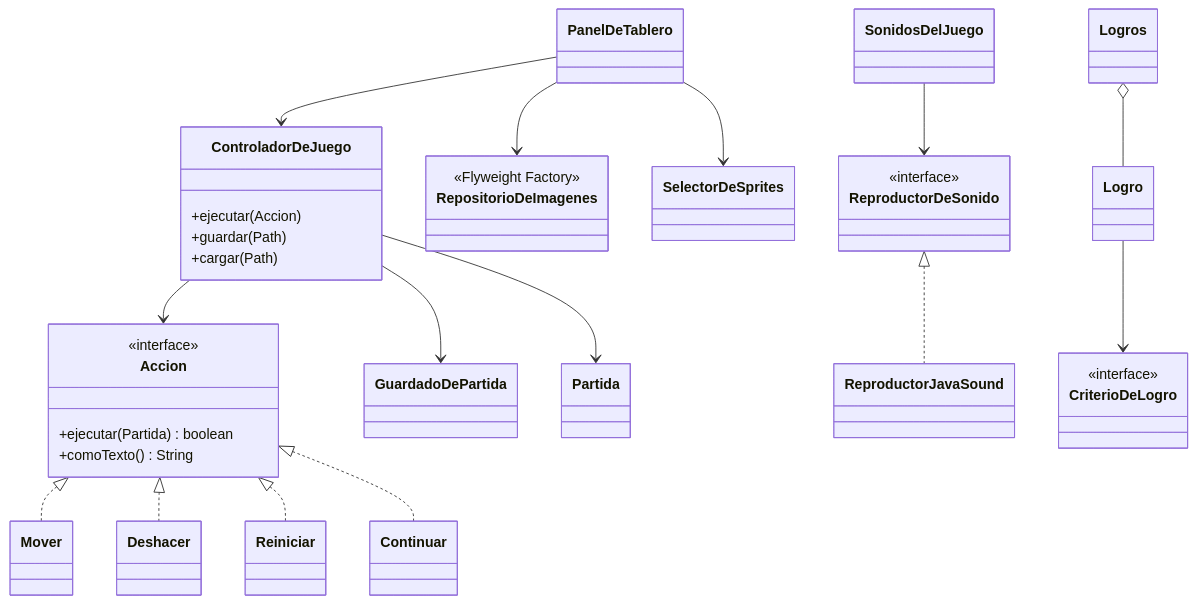
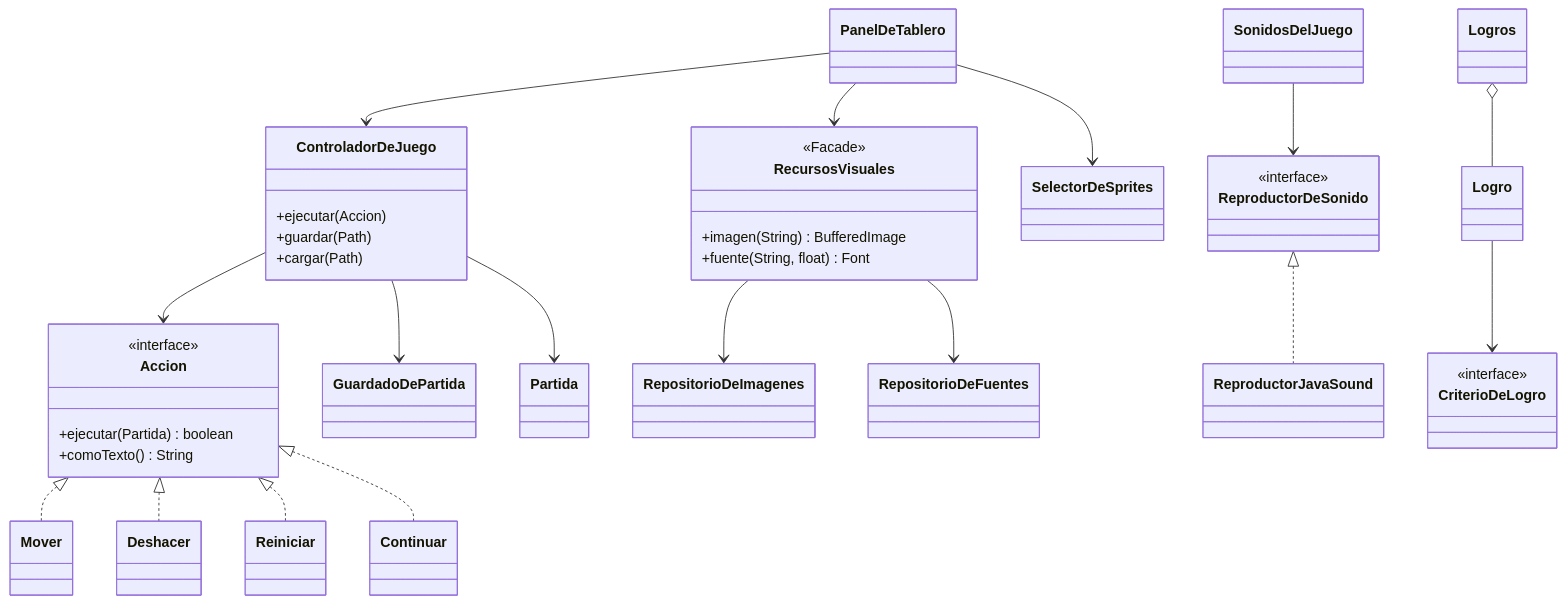
The fifth of 8 diagrams in docs/uml/diagrama-de-clases.md (Daniel130814/Sokoban-PDS), drawn with Mermaid before and after one commit. The commit also changed other lines of this file and 40 other files, not shown here.

First line of the commit message:
Campaña con Composite, modos de juego con Template Method y Facade de recursos

````diff
--- a/docs/uml/diagrama-de-clases.md
+++ b/docs/uml/diagrama-de-clases.md
@@ -181,49 +181,55 @@
 ```mermaid
 classDiagram
     class ControladorDeJuego {
         +ejecutar(Accion)
         +guardar(Path)
         +cargar(Path)
     }
     class Accion {
         <<interface>>
         +ejecutar(Partida) boolean
         +comoTexto() String
     }
     class Mover
     class Deshacer
     class Reiniciar
     class Continuar
     class GuardadoDePartida
     class Partida
-    class RepositorioDeImagenes {
-        <<Flyweight Factory>>
+    class RecursosVisuales {
+        <<Facade>>
+        +imagen(String) BufferedImage
+        +fuente(String, float) Font
     }
+    class RepositorioDeImagenes
+    class RepositorioDeFuentes
     class SelectorDeSprites
     class PanelDeTablero
     class ReproductorDeSonido {
         <<interface>>
     }
     class ReproductorJavaSound
     class SonidosDelJuego
     class CriterioDeLogro {
         <<interface>>
     }
     class Logro
     class Logros
 
     ControladorDeJuego --> Partida
     ControladorDeJuego --> Accion
     ControladorDeJuego --> GuardadoDePartida
     Accion <|.. Mover
     Accion <|.. Deshacer
     Accion <|.. Reiniciar
     Accion <|.. Continuar
-    PanelDeTablero --> RepositorioDeImagenes
+    PanelDeTablero --> RecursosVisuales
+    RecursosVisuales --> RepositorioDeImagenes
+    RecursosVisuales --> RepositorioDeFuentes
     PanelDeTablero --> SelectorDeSprites
     PanelDeTablero --> ControladorDeJuego
     ReproductorDeSonido <|.. ReproductorJavaSound
     SonidosDelJuego --> ReproductorDeSonido
     Logros o-- Logro
     Logro --> CriterioDeLogro
 ```
````
